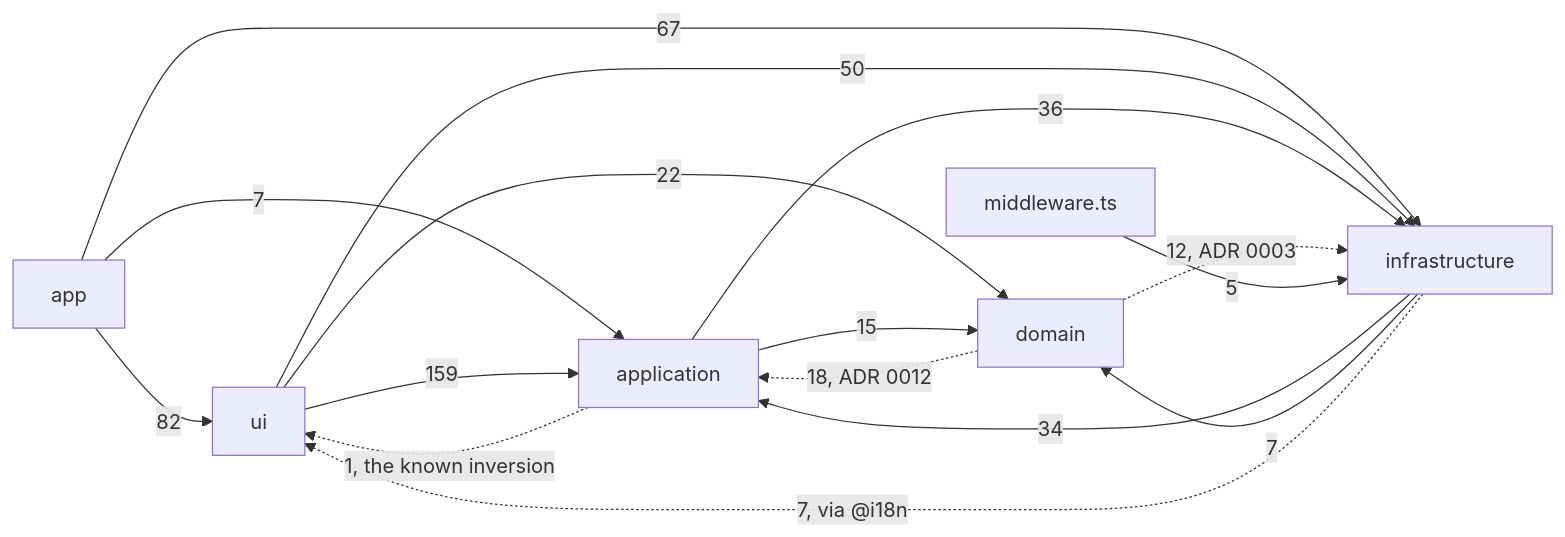
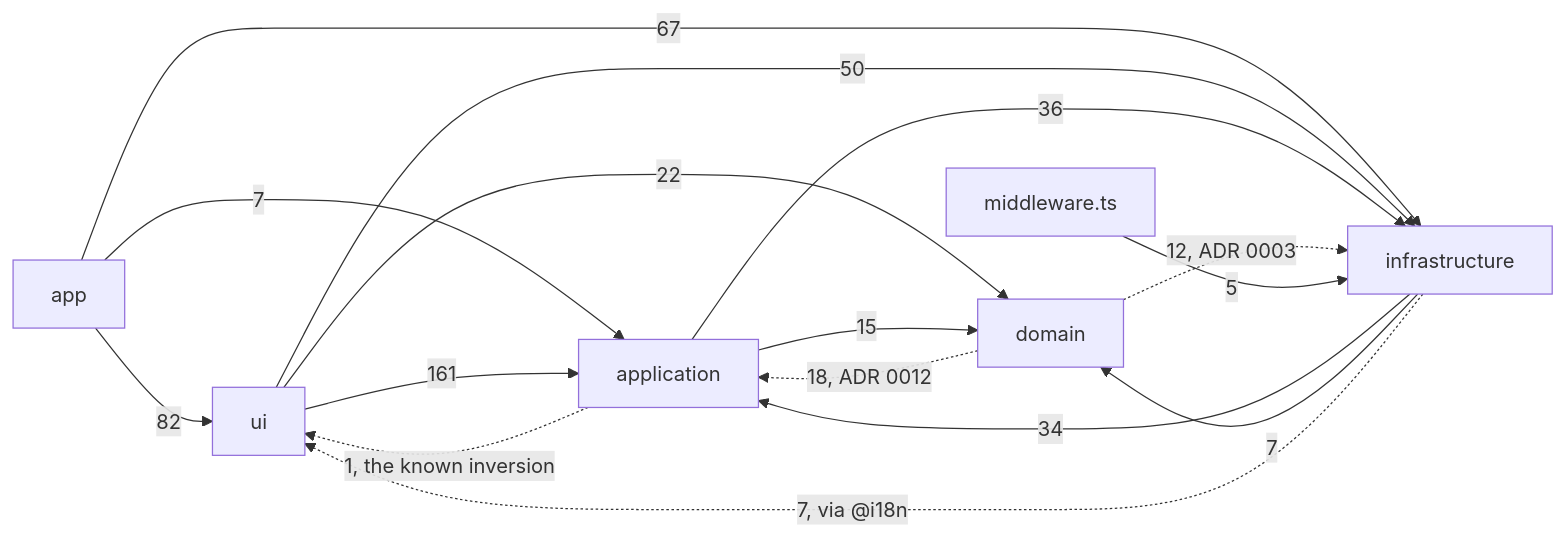
One commit to fbuireu/forever-pto changed the diagram in apps/docs/src/content/docs/architecture/overview.mdx. Above: the diagram before and after it, drawn with Mermaid. The commit also changed other lines of this file, not shown here.

Commit message:
docs(docs): count the ui to application imports the resume link adds

````diff
--- a/apps/docs/src/content/docs/architecture/overview.mdx
+++ b/apps/docs/src/content/docs/architecture/overview.mdx
@@ -47,24 +47,24 @@
 ```mermaid
 flowchart LR
   APP[app]
   UI[ui]
   APPL[application]
   DOM[domain]
   INFRA[infrastructure]
   MW[middleware.ts]
   APP -->|82| UI
   APP -->|7| APPL
   APP -->|67| INFRA
-  UI -->|159| APPL
+  UI -->|161| APPL
   UI -->|22| DOM
   UI -->|50| INFRA
   APPL -->|15| DOM
   APPL -->|36| INFRA
   APPL -.->|1, the known inversion| UI
   DOM -.->|18, ADR 0012| APPL
   DOM -.->|12, ADR 0003| INFRA
   INFRA -->|34| APPL
   INFRA -->|7| DOM
   INFRA -.->|7, via @i18n| UI
   MW -->|5| INFRA
 ```
````
